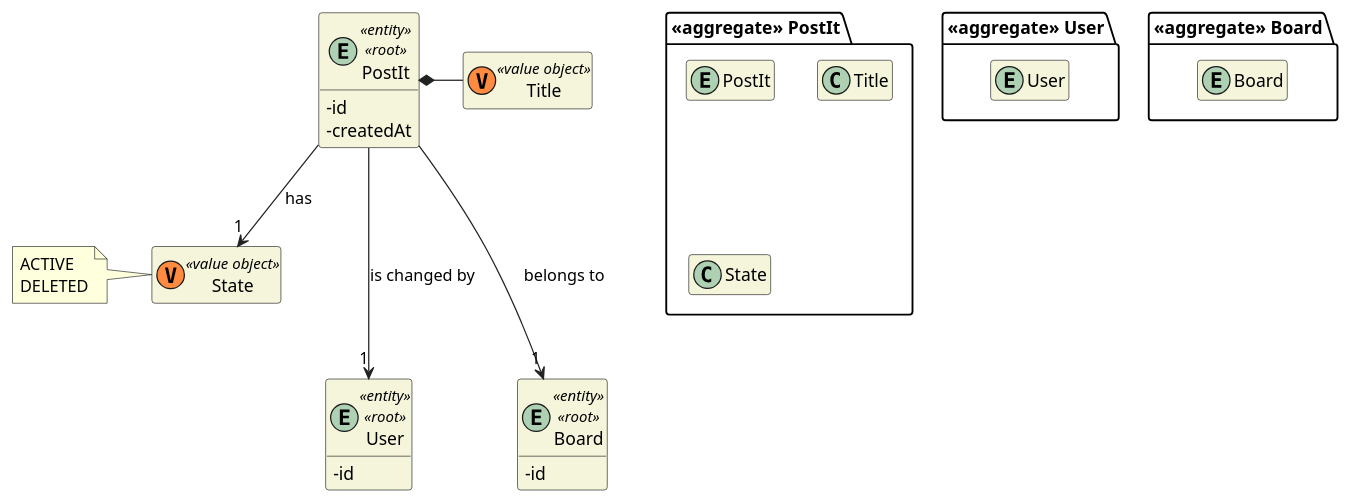
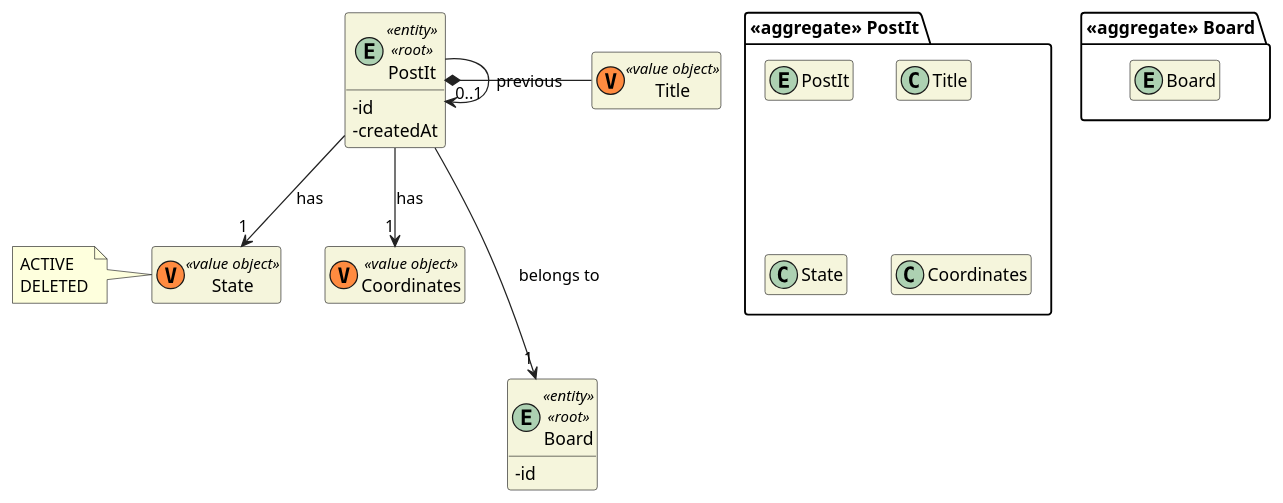
One commit to miseEnPlace-dev/lapr4 changed the diagram in docs/dm/DM_PostIt.puml. Above: the diagram before and after it, drawn with PlantUML. The commit also changed 5 other files, not shown here.

```diff
--- a/docs/dm/DM_PostIt.puml
+++ b/docs/dm/DM_PostIt.puml
@@ -1,55 +1,48 @@
 @startuml DM-POST-IT
 'https://plantuml.com/class-diagram
 
 skinparam classAttributeIconSize 0
 hide empty attributes
 hide empty methods
 skinparam classBackgroundColor beige
 skinparam ArrowColor #222222
 
 package "<<aggregate>> PostIt" {
   entity PostIt
 
   class Title
-
   class State
+  class Coordinates
 }
 
 entity PostIt <<entity>> <<root>>{
   - id
   - createdAt
 }
 
 class Title <<(V,#FF8B40) value object>> {}
 
-class State <<(V,#FF8B40) value object>> {
-}
+class State <<(V,#FF8B40) value object>> {}
+class Coordinates <<(V,#FF8B40) value object>> {}
 
 note left of State
   ACTIVE
   DELETED
 end note
-
-package "<<aggregate>> User" {
-  entity User
-}
-
-entity User <<entity>> <<root>>{
-  -id
-}
 
 package "<<aggregate>> Board" {
   entity Board
 }
 
 entity Board <<entity>> <<root>>{
   -id
 }
 
 PostIt *- Title
 PostIt --> "1" State : has
 
-PostIt ---> "1" User : is changed by
 PostIt ---> "1" Board : belongs to
+PostIt --> "0..1" PostIt : previous
+PostIt --> "1" Coordinates : has
 
 @enduml
```
